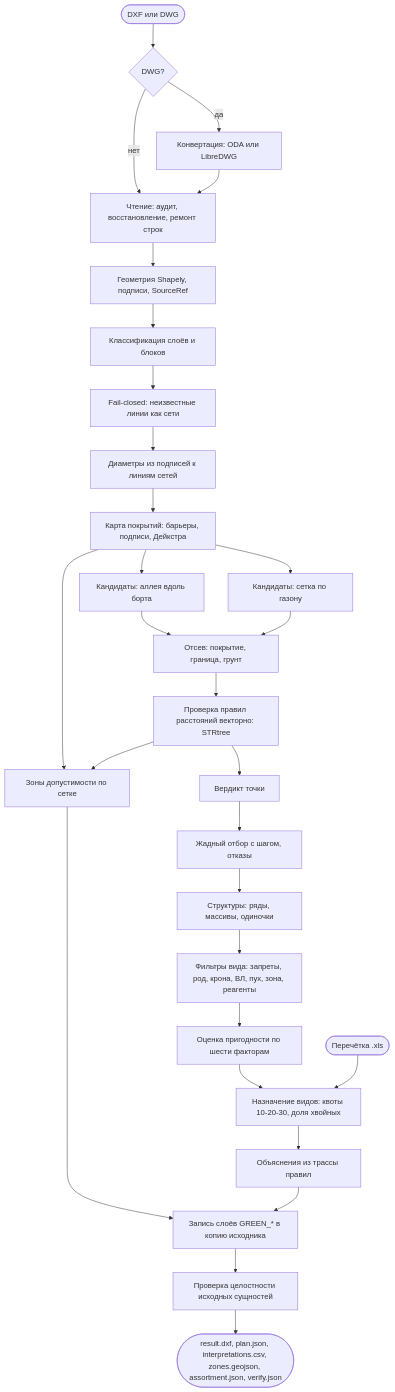
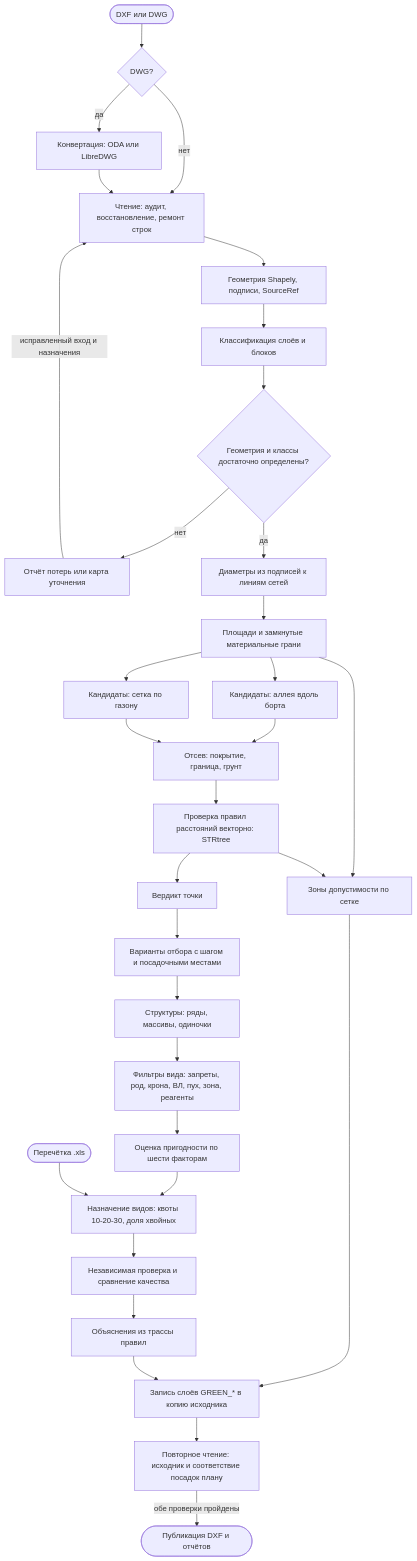
The diagram in docs/algorithm.md (Mojarung/LCT_2026), drawn with Mermaid before and after one commit. The commit also changed other lines of this file and 14 other files, not shown here.

Commit message:
fix cad: verify unknown DXF representations end to end

````diff
--- a/docs/algorithm.md
+++ b/docs/algorithm.md
@@ -210,31 +278,34 @@
 ```mermaid
 flowchart TD
     A([DXF или DWG]) --> B{DWG?}
     B -->|да| C[Конвертация: ODA или LibreDWG]
     B -->|нет| D
     C --> D[Чтение: аудит, восстановление, ремонт строк]
     D --> E[Геометрия Shapely, подписи, SourceRef]
     E --> F[Классификация слоёв и блоков]
-    F --> G[Fail-closed: неизвестные линии как сети]
-    G --> H[Диаметры из подписей к линиям сетей]
-    H --> I[Карта покрытий: барьеры, подписи, Дейкстра]
+    F --> G{Геометрия и классы достаточно определены?}
+    G -->|нет| REVIEW[Отчёт потерь или карта уточнения]
+    REVIEW -->|исправленный вход и назначения| D
+    G -->|да| H[Диаметры из подписей к линиям сетей]
+    H --> I[Площади и замкнутые материальные грани]
     I --> J[Кандидаты: аллея вдоль борта]
     I --> K[Кандидаты: сетка по газону]
     J --> L[Отсев: покрытие, граница, грунт]
     K --> L
     L --> M[Проверка правил расстояний векторно: STRtree]
     M --> N[Вердикт точки]
-    N --> O[Жадный отбор с шагом, отказы]
+    N --> O[Варианты отбора с шагом и посадочными местами]
     O --> O1[Структуры: ряды, массивы, одиночки]
     O1 --> O2[Фильтры вида: запреты, род, крона, ВЛ, пух, зона, реагенты]
     O2 --> O3[Оценка пригодности по шести факторам]
     O3 --> O4[Назначение видов: квоты 10-20-30, доля хвойных]
     U([Перечётка .xls]) --> O4
     I --> P[Зоны допустимости по сетке]
     M --> P
-    O4 --> Q[Объяснения из трассы правил]
+    O4 --> V[Независимая проверка и сравнение качества]
+    V --> Q[Объяснения из трассы правил]
     P --> R
     Q --> R[Запись слоёв GREEN_* в копию исходника]
-    R --> S[Проверка целостности исходных сущностей]
-    S --> T([result.dxf, plan.json, interpretations.csv, zones.geojson, assortment.json, verify.json])
+    R --> S[Повторное чтение: исходник и соответствие посадок плану]
+    S -->|обе проверки пройдены| T([Публикация DXF и отчётов])
 ```
````
